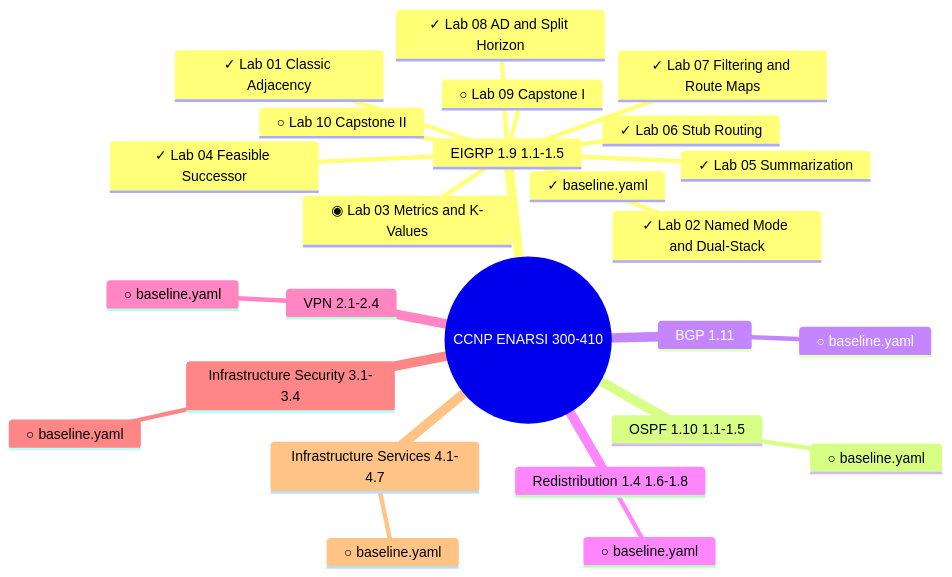
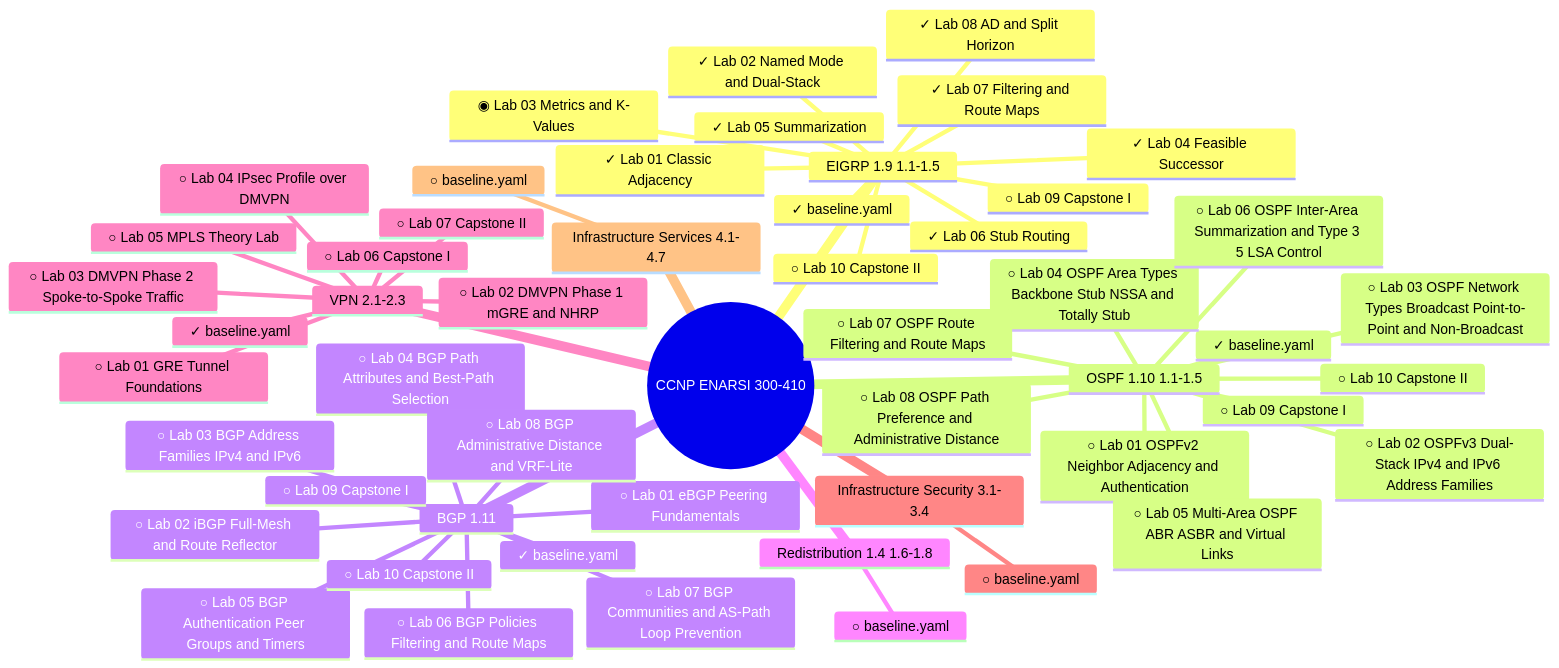
The diagram in README.md (FonNkwenti/ccnp-enarsi-labs-cc), drawn with Mermaid before and after one commit. The commit also changed 8 other files, not shown here.

Commit message:
Update chapter specs and generate initial baselines for BGP, OSPF, and VPN chapters

````diff
--- a/README.md
+++ b/README.md
@@ -27,28 +27,55 @@
 ```mermaid
 mindmap
   root((CCNP ENARSI 300-410))
     EIGRP 1.9 1.1-1.5
       ✓ baseline.yaml
       ✓ Lab 01 Classic Adjacency
       ✓ Lab 02 Named Mode and Dual-Stack
       ◉ Lab 03 Metrics and K-Values
       ✓ Lab 04 Feasible Successor
       ✓ Lab 05 Summarization
       ✓ Lab 06 Stub Routing
       ✓ Lab 07 Filtering and Route Maps
       ✓ Lab 08 AD and Split Horizon
       ○ Lab 09 Capstone I
       ○ Lab 10 Capstone II
     OSPF 1.10 1.1-1.5
-      ○ baseline.yaml
+      ✓ baseline.yaml
+      ○ Lab 01 OSPFv2 Neighbor Adjacency and Authentication
+      ○ Lab 02 OSPFv3 Dual-Stack IPv4 and IPv6 Address Families
+      ○ Lab 03 OSPF Network Types Broadcast Point-to-Point and Non-Broadcast
+      ○ Lab 04 OSPF Area Types Backbone Stub NSSA and Totally Stub
+      ○ Lab 05 Multi-Area OSPF ABR ASBR and Virtual Links
+      ○ Lab 06 OSPF Inter-Area Summarization and Type 3 5 LSA Control
+      ○ Lab 07 OSPF Route Filtering and Route Maps
+      ○ Lab 08 OSPF Path Preference and Administrative Distance
+      ○ Lab 09 Capstone I
+      ○ Lab 10 Capstone II
     BGP 1.11
-      ○ baseline.yaml
+      ✓ baseline.yaml
+      ○ Lab 01 eBGP Peering Fundamentals
+      ○ Lab 02 iBGP Full-Mesh and Route Reflector
+      ○ Lab 03 BGP Address Families IPv4 and IPv6
+      ○ Lab 04 BGP Path Attributes and Best-Path Selection
+      ○ Lab 05 BGP Authentication Peer Groups and Timers
+      ○ Lab 06 BGP Policies Filtering and Route Maps
+      ○ Lab 07 BGP Communities and AS-Path Loop Prevention
+      ○ Lab 08 BGP Administrative Distance and VRF-Lite
+      ○ Lab 09 Capstone I
+      ○ Lab 10 Capstone II
     Redistribution 1.4 1.6-1.8
       ○ baseline.yaml
-    VPN 2.1-2.4
-      ○ baseline.yaml
+    VPN 2.1-2.3
+      ✓ baseline.yaml
+      ○ Lab 01 GRE Tunnel Foundations
+      ○ Lab 02 DMVPN Phase 1 mGRE and NHRP
+      ○ Lab 03 DMVPN Phase 2 Spoke-to-Spoke Traffic
+      ○ Lab 04 IPsec Profile over DMVPN
+      ○ Lab 05 MPLS Theory Lab
+      ○ Lab 06 Capstone I
+      ○ Lab 07 Capstone II
     Infrastructure Security 3.1-3.4
       ○ baseline.yaml
     Infrastructure Services 4.1-4.7
       ○ baseline.yaml
 ```
````
